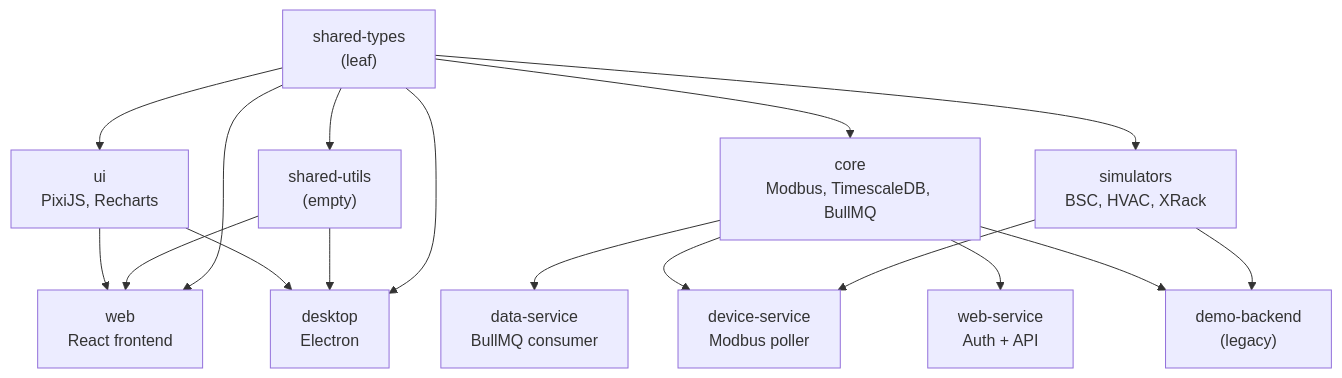
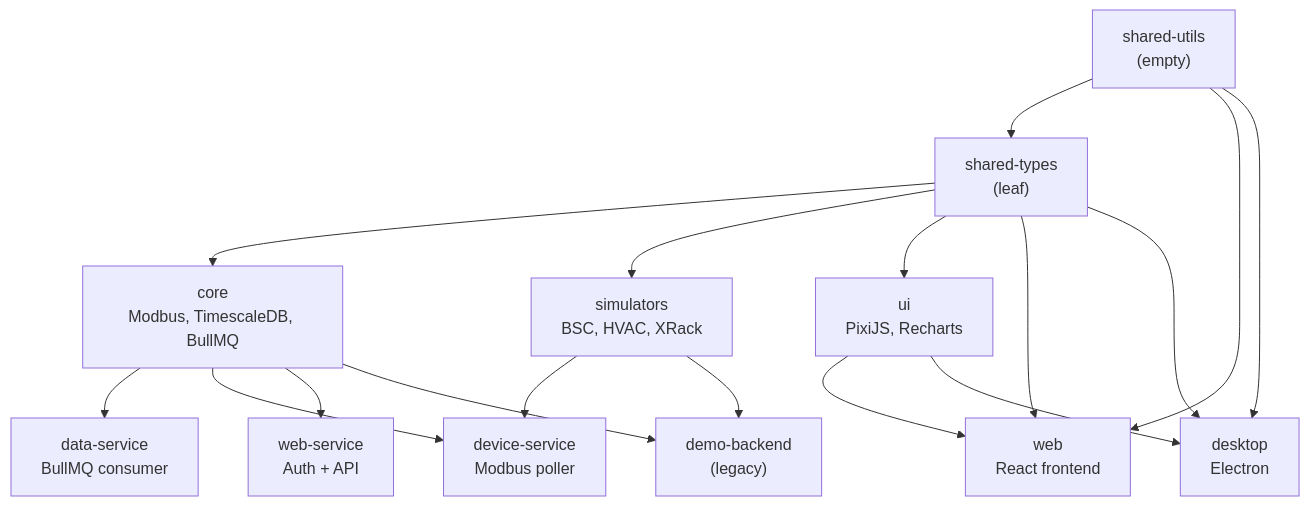
One commit to ilterisYucel/monorepo-bun-starter changed the second of 2 diagrams in README.md. Above: the diagram before and after it, drawn with Mermaid. The commit also changed other lines of this file and 48 other files, not shown here.

````diff
--- a/README.md
+++ b/README.md
@@ -73,31 +73,31 @@
 ```mermaid
 graph TD
     ST["shared-types<br/>(leaf)"]
     SU["shared-utils<br/>(empty)"]
     CORE["core<br/>Modbus, TimescaleDB, BullMQ"]
     SIM["simulators<br/>BSC, HVAC, XRack"]
     UI["ui<br/>PixiJS, Recharts"]
     DS["data-service<br/>BullMQ consumer"]
     DVS["device-service<br/>Modbus poller"]
     WS["web-service<br/>Auth + API"]
     DB["demo-backend<br/>(legacy)"]
     WEB["web<br/>React frontend"]
     DT["desktop<br/>Electron"]
 
-    ST --> SU
+    SU --> ST
     ST --> CORE
     ST --> SIM
     ST --> UI
     CORE --> DS
     CORE --> DVS
     CORE --> WS
     CORE --> DB
     SIM --> DVS
     SIM --> DB
     UI --> WEB
     SU --> WEB
     ST --> WEB
     UI --> DT
     SU --> DT
     ST --> DT
 ```
````
